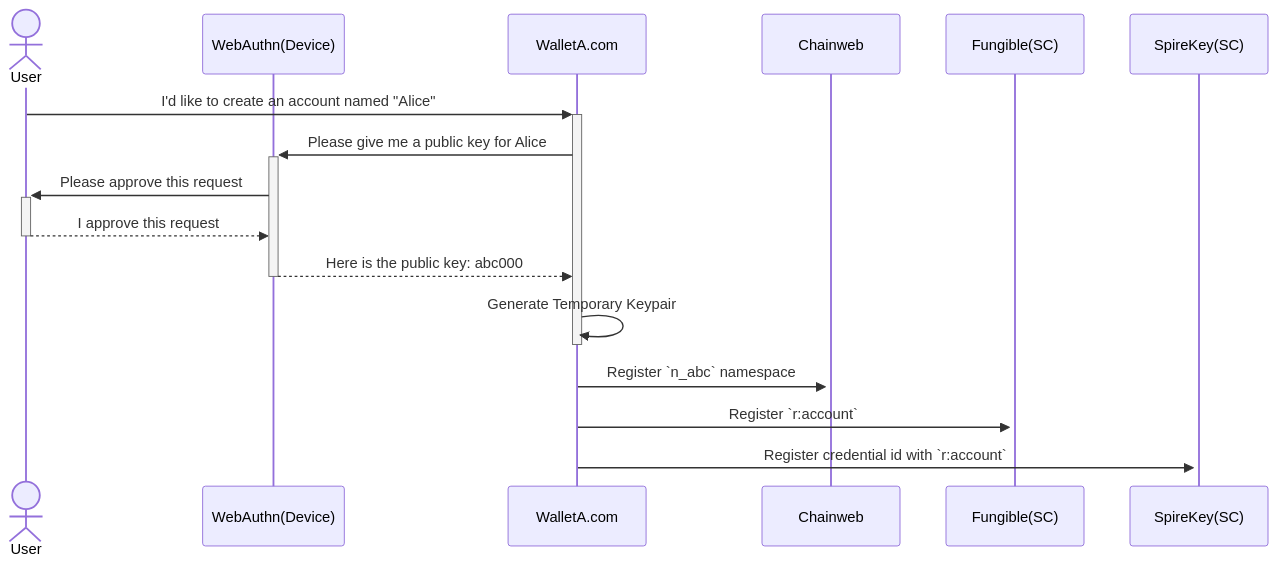
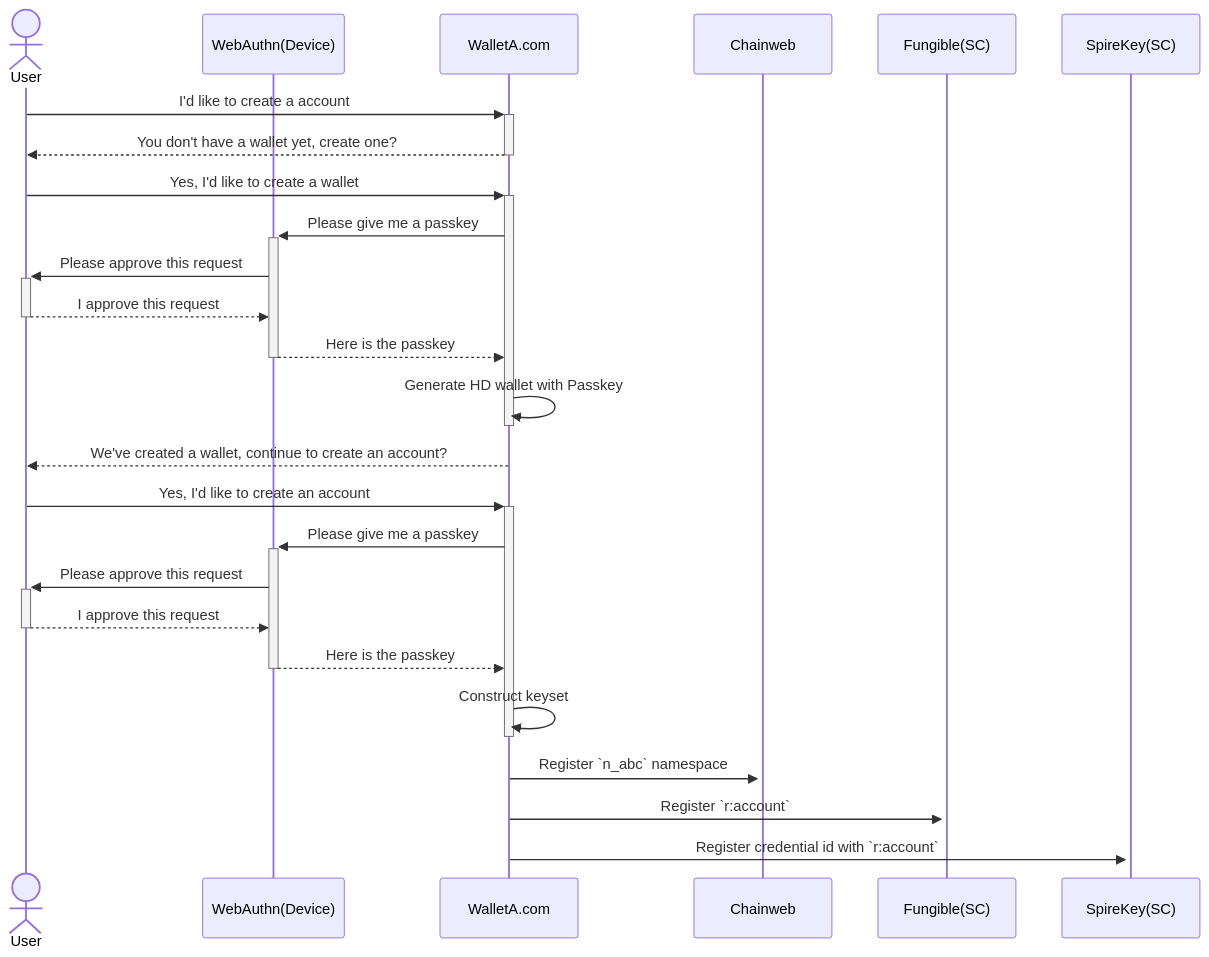
Before and after one commit to kadena-io/KIPs: the first of 4 diagrams in kip-0023.md, drawn with Mermaid. The commit also changed other lines of this file, not shown here.

Commit message:
Update KIP-0023 with the r:account design

````diff
--- a/kip-0023.md
+++ b/kip-0023.md
@@ -265,19 +319,28 @@
 ```mermaid
 sequenceDiagram
   actor User
   participant WebAuthn(Device)
   participant WalletA.com
   participant Chainweb
   participant Fungible(SC)
   participant SpireKey(SC)
 
-  User->>+WalletA.com: I'd like to create an account named "Alice"
-  WalletA.com->>+WebAuthn(Device): Please give me a public key for Alice
+  User->>+WalletA.com: I'd like to create a account
+  WalletA.com-->>-User: You don't have a wallet yet, create one?
+  User->>+WalletA.com: Yes, I'd like to create a wallet
+  WalletA.com->>+WebAuthn(Device): Please give me a passkey
   WebAuthn(Device)->>+User: Please approve this request
   User-->>-WebAuthn(Device): I approve this request
-  WebAuthn(Device)-->>-WalletA.com: Here is the public key: abc000
-  WalletA.com->>-WalletA.com: Generate Temporary Keypair
+  WebAuthn(Device)-->>-WalletA.com: Here is the passkey
+  WalletA.com->>-WalletA.com: Generate HD wallet with Passkey
+  WalletA.com-->>User: We've created a wallet, continue to create an account?
+  User->>+WalletA.com: Yes, I'd like to create an account
+  WalletA.com->>+WebAuthn(Device): Please give me a passkey
+  WebAuthn(Device)->>+User: Please approve this request
+  User-->>-WebAuthn(Device): I approve this request
+  WebAuthn(Device)-->>-WalletA.com: Here is the passkey
+  WalletA.com->>-WalletA.com: Construct keyset
   WalletA.com->>+Chainweb: Register `n_abc` namespace
   WalletA.com->>+Fungible(SC): Register `r:account`
   WalletA.com->>+SpireKey(SC): Register credential id with `r:account`
 ```
````
